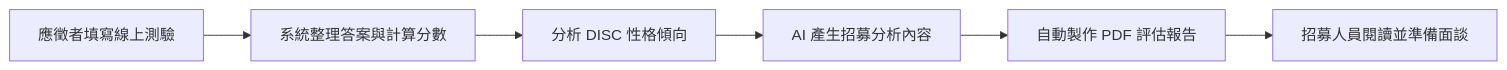
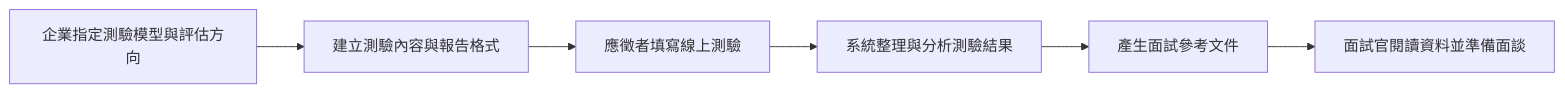
The diagram in README.md (Casper4w/ai-recruitment-assessment), drawn with Mermaid before and after one commit. The commit also changed other lines of this file, not shown here.

````diff
--- a/README.md
+++ b/README.md
@@ -21,8 +21,8 @@
 ```mermaid
 flowchart LR
-    A[應徵者填寫線上測驗] --> B[系統整理答案與計算分數]
-    B --> C[分析 DISC 性格傾向]
-    C --> D[AI 產生招募分析內容]
-    D --> E[自動製作 PDF 評估報告]
-    E --> F[招募人員閱讀並準備面談]
+    A[企業指定測驗模型與評估方向] --> B[建立測驗內容與報告格式]
+    B --> C[應徵者填寫線上測驗]
+    C --> D[系統整理與分析測驗結果]
+    D --> E[產生面試參考文件]
+    E --> F[面試官閱讀資料並準備面談]
 ```
````
